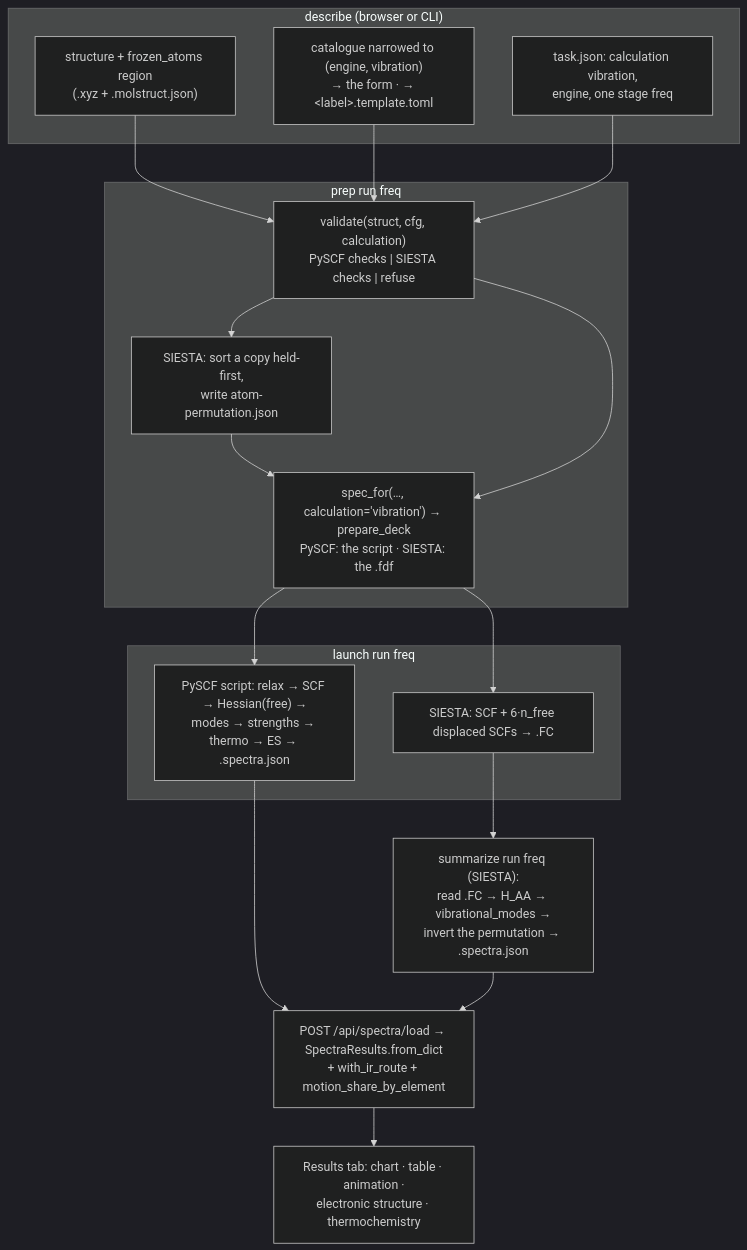
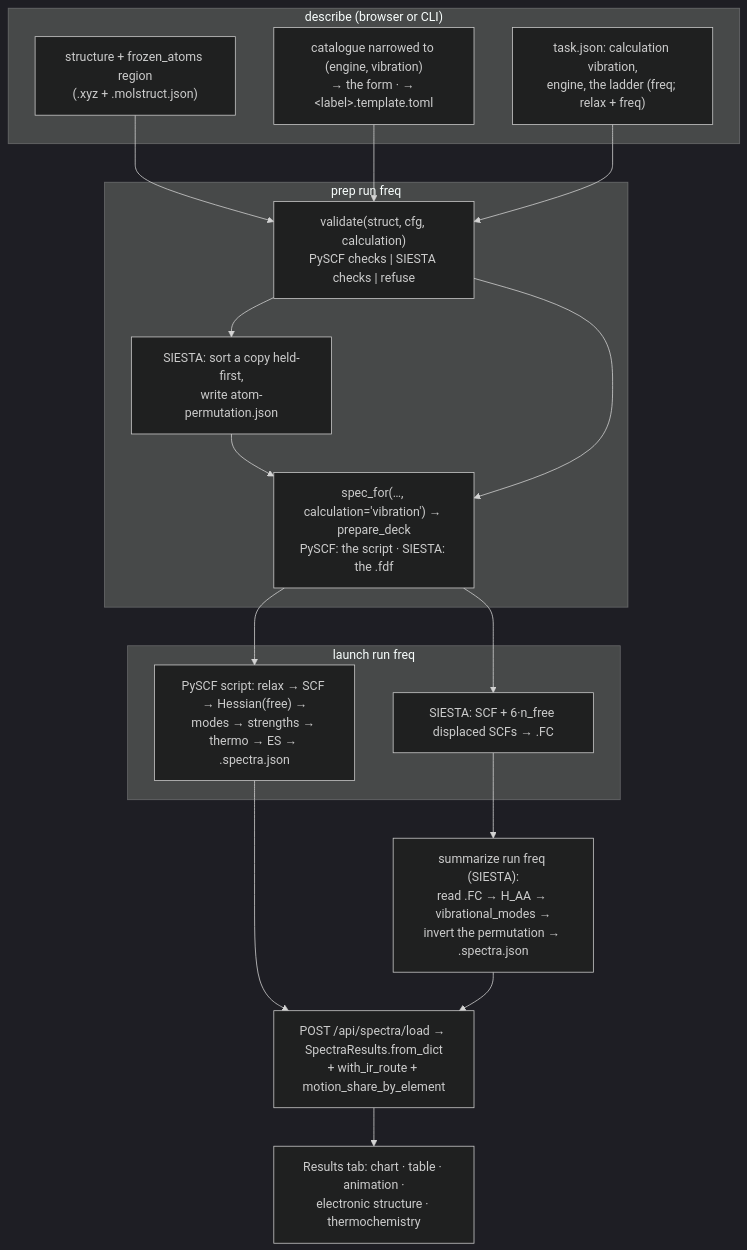
One commit to Qing-LAB/molbuilder changed the second of 2 diagrams in docs/engines/vibration.md. Above: the diagram before and after it, drawn with Mermaid (dark theme). The commit also changed other lines of this file and 20 other files, not shown here.

````diff
--- a/docs/engines/vibration.md
+++ b/docs/engines/vibration.md
@@ -1358,22 +1411,22 @@
 ```mermaid
 flowchart TB
   subgraph describe["describe (browser or CLI)"]
     ST["structure + frozen_atoms region<br/>(.xyz + .molstruct.json)"]
     CAT["catalogue narrowed to (engine, vibration)<br/>→ the form · → &lt;label&gt;.template.toml"]
-    TJ["task.json: calculation vibration,<br/>engine, one stage freq"]
+    TJ["task.json: calculation vibration,<br/>engine, the ladder (freq; relax + freq)"]
   end
   subgraph prep["prep run freq"]
     G["validate(struct, cfg, calculation)<br/>PySCF checks #124; SIESTA checks #124; refuse"]
     SORT["SIESTA: sort a copy held-first,<br/>write atom-permutation.json"]
     D["spec_for(…, calculation='vibration') → prepare_deck<br/>PySCF: the script · SIESTA: the .fdf"]
   end
   subgraph run["launch run freq"]
     PY["PySCF script: relax → SCF → Hessian(free) →<br/>modes → strengths → thermo → ES → .spectra.json"]
     SI["SIESTA: SCF + 6·n_free displaced SCFs → .FC"]
   end
   SUM["summarize run freq (SIESTA):<br/>read .FC → H_AA → vibrational_modes →<br/>invert the permutation → .spectra.json"]
   LOAD["POST /api/spectra/load → SpectraResults.from_dict<br/>+ with_ir_route + motion_share_by_element"]
   VIEW["Results tab: chart · table · animation ·<br/>electronic structure · thermochemistry"]
   ST --> G; CAT --> G; TJ --> G; G --> SORT --> D; G --> D
   D --> PY; D --> SI; SI --> SUM; PY --> LOAD; SUM --> LOAD; LOAD --> VIEW
 ```
````
